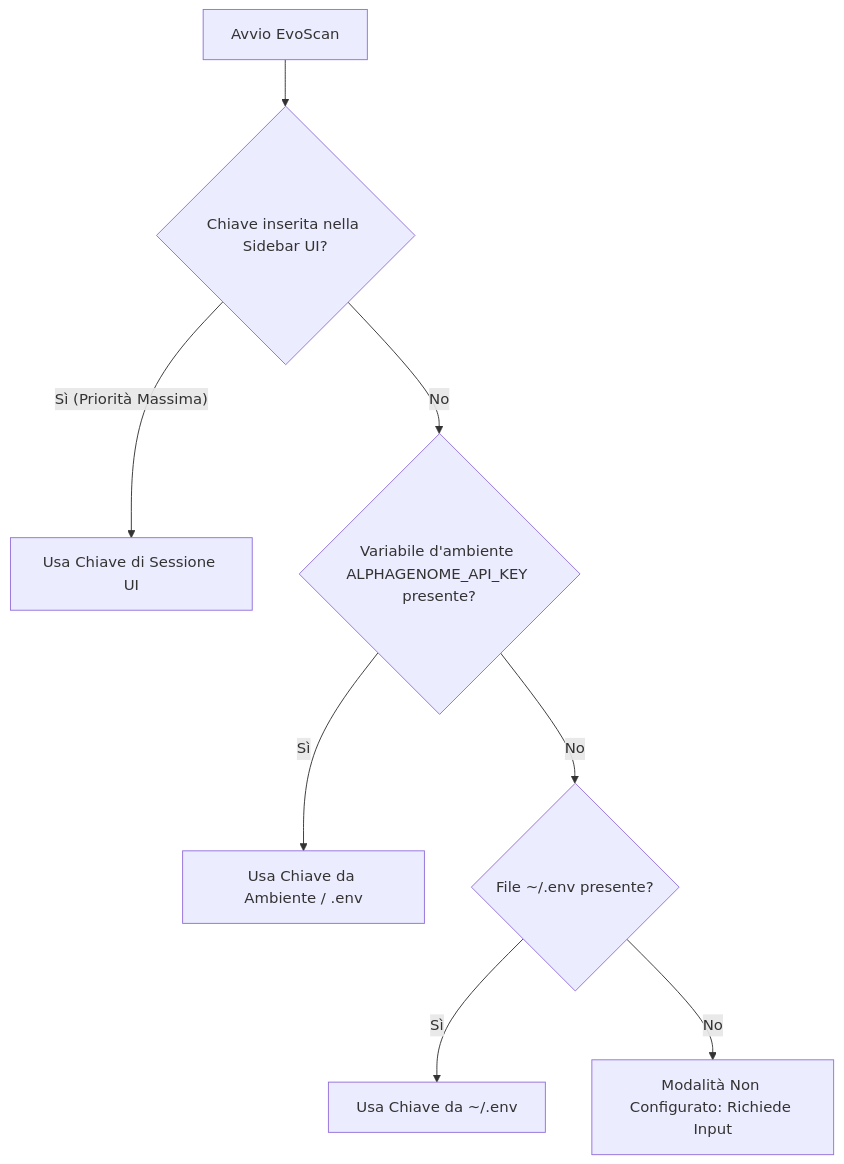
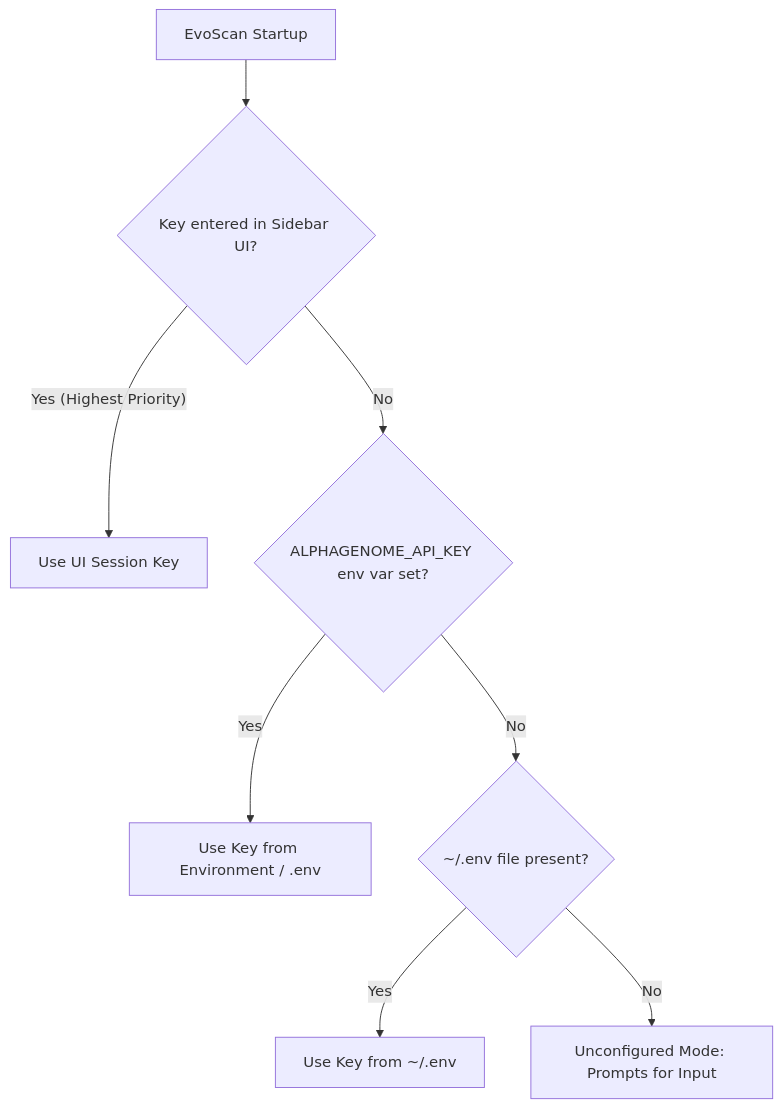
One commit to davide6600/EvoScan changed the diagram in ALPHAGENOME_API_GUIDE.md. Above: the diagram before and after it, drawn with Mermaid. The commit also changed other lines of this file and 5 other files, not shown here.

````diff
--- a/ALPHAGENOME_API_GUIDE.md
+++ b/ALPHAGENOME_API_GUIDE.md
@@ -31,10 +31,10 @@
 ```mermaid
 flowchart TD
-    A["Avvio EvoScan"] --> B{"Chiave inserita nella Sidebar UI?"}
-    B -- "Sì (Priorità Massima)" --> C["Usa Chiave di Sessione UI"]
-    B -- "No" --> D{"Variabile d'ambiente ALPHAGENOME_API_KEY presente?"}
-    D -- "Sì" --> E["Usa Chiave da Ambiente / .env"]
-    D -- "No" --> F{"File ~/.env presente?"}
-    F -- "Sì" --> G["Usa Chiave da ~/.env"]
-    F -- "No" --> H["Modalità Non Configurato: Richiede Input"]
+    A["EvoScan Startup"] --> B{"Key entered in Sidebar UI?"}
+    B -- "Yes (Highest Priority)" --> C["Use UI Session Key"]
+    B -- "No" --> D{"ALPHAGENOME_API_KEY env var set?"}
+    D -- "Yes" --> E["Use Key from Environment / .env"]
+    D -- "No" --> F{"~/.env file present?"}
+    F -- "Yes" --> G["Use Key from ~/.env"]
+    F -- "No" --> H["Unconfigured Mode: Prompts for Input"]
 ```
````
